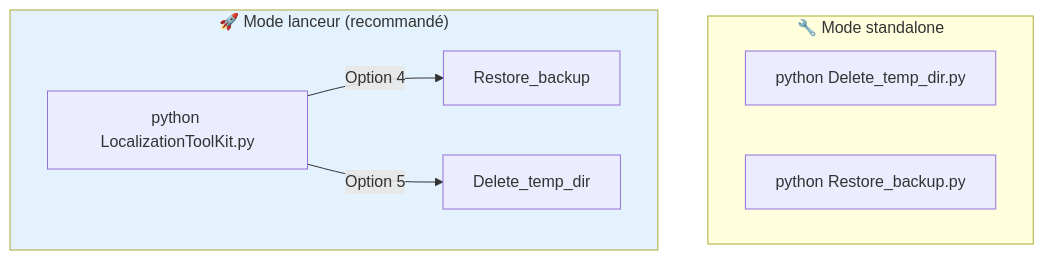
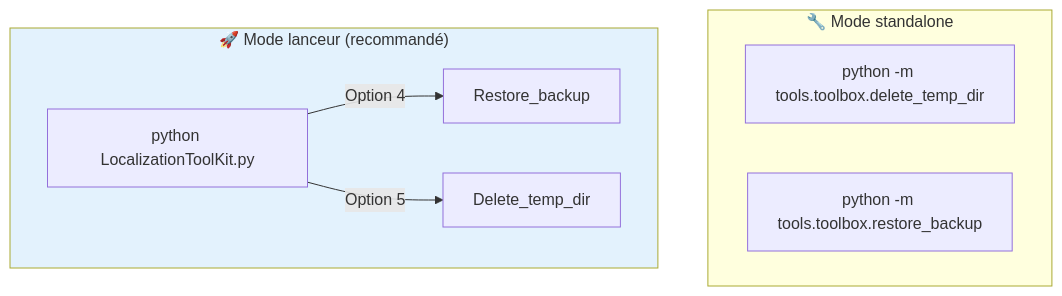
One commit to Gotcha26/Adobe_Lightroom_Translation_Plugins_Kit changed the second of 5 diagrams in tools/toolbox/__doc__/fr/Lisez-moi.md. Above: the diagram before and after it, drawn with Mermaid. The commit also changed other lines of this file and 28 other files, not shown here.

````diff
--- a/tools/toolbox/__doc__/fr/Lisez-moi.md
+++ b/tools/toolbox/__doc__/fr/Lisez-moi.md
@@ -86,15 +86,15 @@
 ```mermaid
 flowchart TB
     subgraph Standalone["🔧 Mode standalone"]
-        S1["python Delete_temp_dir.py"]
-        S2["python Restore_backup.py"]
+        S1["python -m tools.toolbox.delete_temp_dir"]
+        S2["python -m tools.toolbox.restore_backup"]
     end
 
     subgraph Lanceur["🚀 Mode lanceur (recommandé)"]
         L["python LocalizationToolKit.py"]
         L --> |"Option 4"| R["Restore_backup"]
         L --> |"Option 5"| D["Delete_temp_dir"]
     end
 
     style Lanceur fill:#E3F2FD
 ```
````
